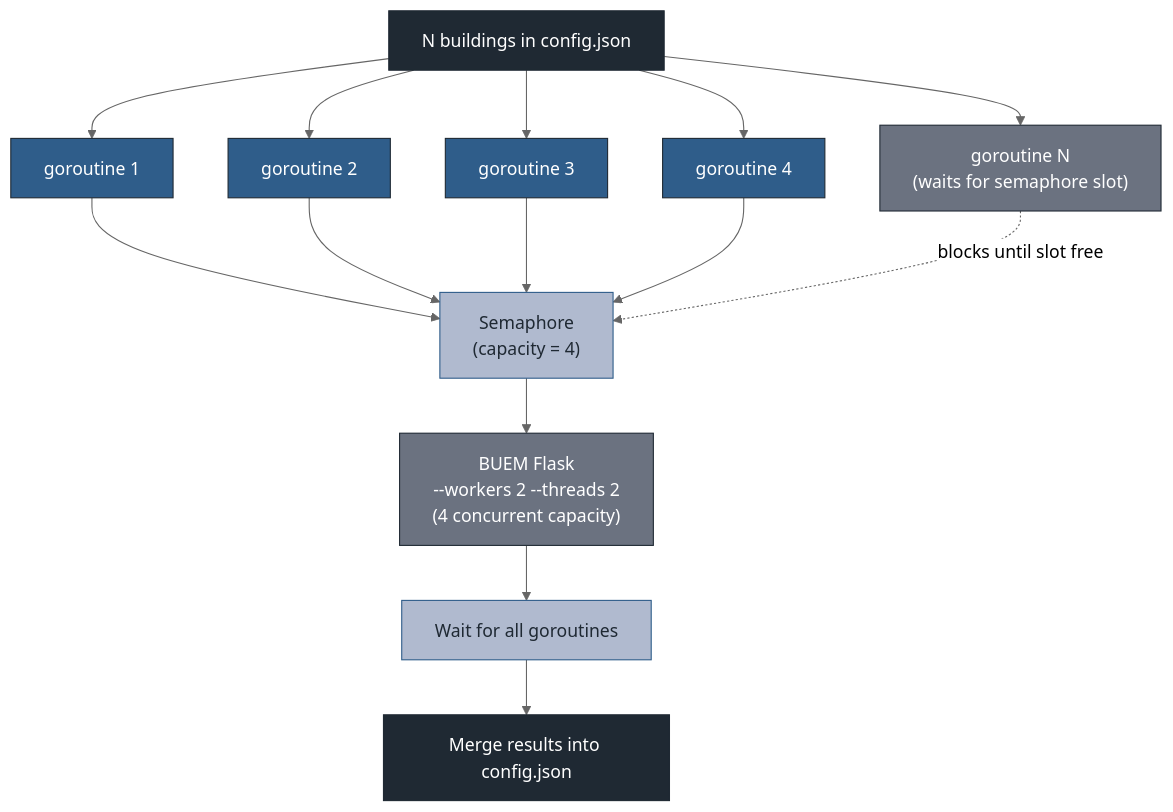
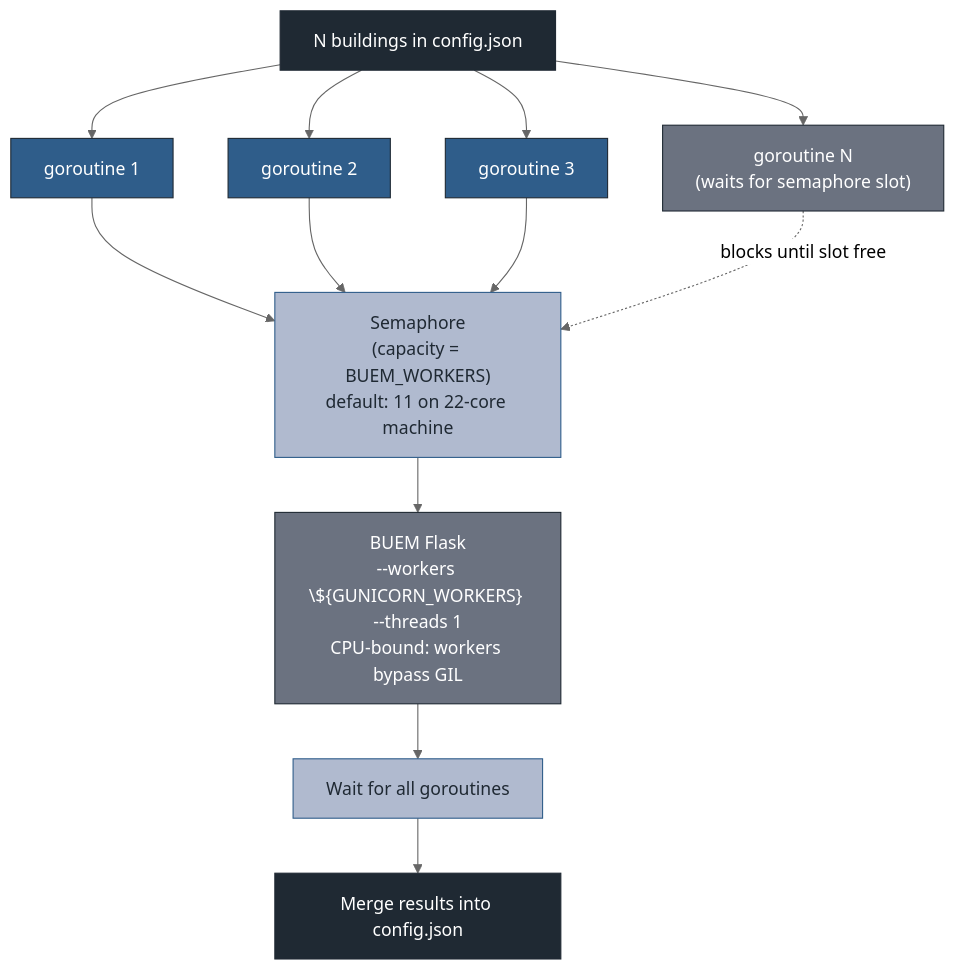
Before and after one commit to enerplanet/buem-gateway: the diagram in docs/assets/diagrams/concurrency/concurrency.mmd, drawn with Mermaid (neutral theme). The commit also changed 34 other files, not shown here.

Commit message:
docs: add diagrams for BuEM integration documentation

```diff
--- a/docs/assets/diagrams/concurrency/concurrency.mmd
+++ b/docs/assets/diagrams/concurrency/concurrency.mmd
@@ -1,37 +1,36 @@
 ---
 config:
   layout: dagre
 ---
 flowchart TD
     START["N buildings in config.json"]
 
     S1["goroutine 1"]
     S2["goroutine 2"]
     S3["goroutine 3"]
-    S4["goroutine 4"]
-    SN["goroutine N\n(waits for semaphore slot)"]
+    SN["goroutine N<br>(waits for semaphore slot)"]
 
-    SEM["Semaphore\n(capacity = 4)"]
+    SEM["Semaphore<br>(capacity = BUEM_WORKERS)<br>default: 11 on 22-core machine"]
 
-    BUEM["BUEM Flask\n--workers 2 --threads 2\n(4 concurrent capacity)"]
+    BUEM["BUEM Flask<br>--workers \${GUNICORN_WORKERS} --threads 1<br>CPU-bound: workers bypass GIL"]
 
     WAIT["Wait for all goroutines"]
     MERGE["Merge results into config.json"]
 
-    START --> S1 & S2 & S3 & S4 & SN
-    S1 & S2 & S3 & S4 --> SEM
+    START --> S1 & S2 & S3 & SN
+    S1 & S2 & S3 --> SEM
     SN -.->|"blocks until slot free"| SEM
     SEM --> BUEM
     BUEM --> WAIT
     WAIT --> MERGE
 
     classDef active  fill:#2f5d8a,stroke:#1f2933,color:#ffffff
     classDef waiting fill:#6b7280,stroke:#1f2933,color:#ffffff
     classDef control fill:#b0bacf,stroke:#2f5d8a,color:#1f2933
     classDef dark    fill:#1f2933,stroke:#1f2933,color:#ffffff
 
-    class S1,S2,S3,S4 active
+    class S1,S2,S3 active
     class SN waiting
     class SEM,WAIT control
     class START,MERGE dark
     class BUEM waiting
```
